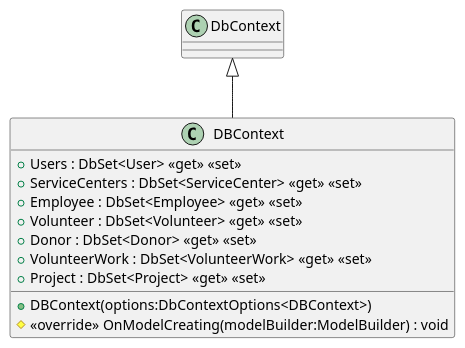
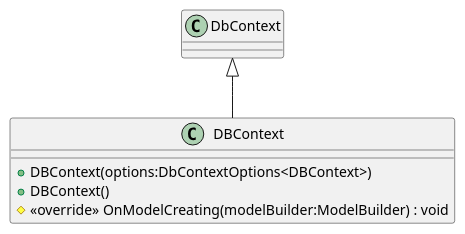
Before and after one commit to timothxy/ICT2106_P3_Project: the diagram in YouthActionDotNet/UML/Data/DBContext.puml, drawn with PlantUML. The commit also changed 31 other files, not shown here.

Commit message:
update uml

```diff
--- a/YouthActionDotNet/UML/Data/DBContext.puml
+++ b/YouthActionDotNet/UML/Data/DBContext.puml
@@ -1,14 +1,8 @@
 @startuml
 class DBContext {
     + DBContext(options:DbContextOptions<DBContext>)
-    + Users : DbSet<User> <<get>> <<set>>
-    + ServiceCenters : DbSet<ServiceCenter> <<get>> <<set>>
-    + Employee : DbSet<Employee> <<get>> <<set>>
-    + Volunteer : DbSet<Volunteer> <<get>> <<set>>
-    + Donor : DbSet<Donor> <<get>> <<set>>
-    + VolunteerWork : DbSet<VolunteerWork> <<get>> <<set>>
-    + Project : DbSet<Project> <<get>> <<set>>
+    + DBContext()
     # <<override>> OnModelCreating(modelBuilder:ModelBuilder) : void
 }
 DbContext <|-- DBContext
 @enduml
```
